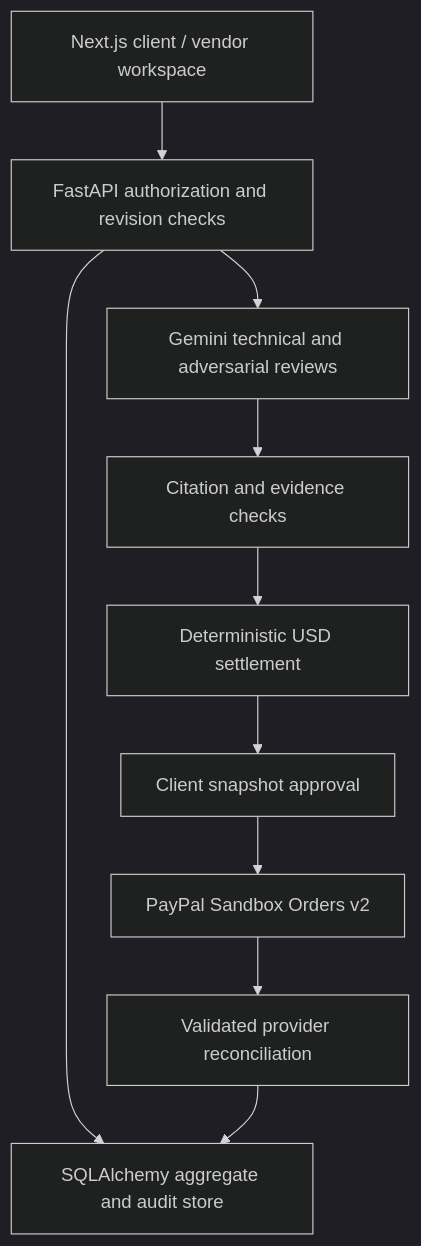
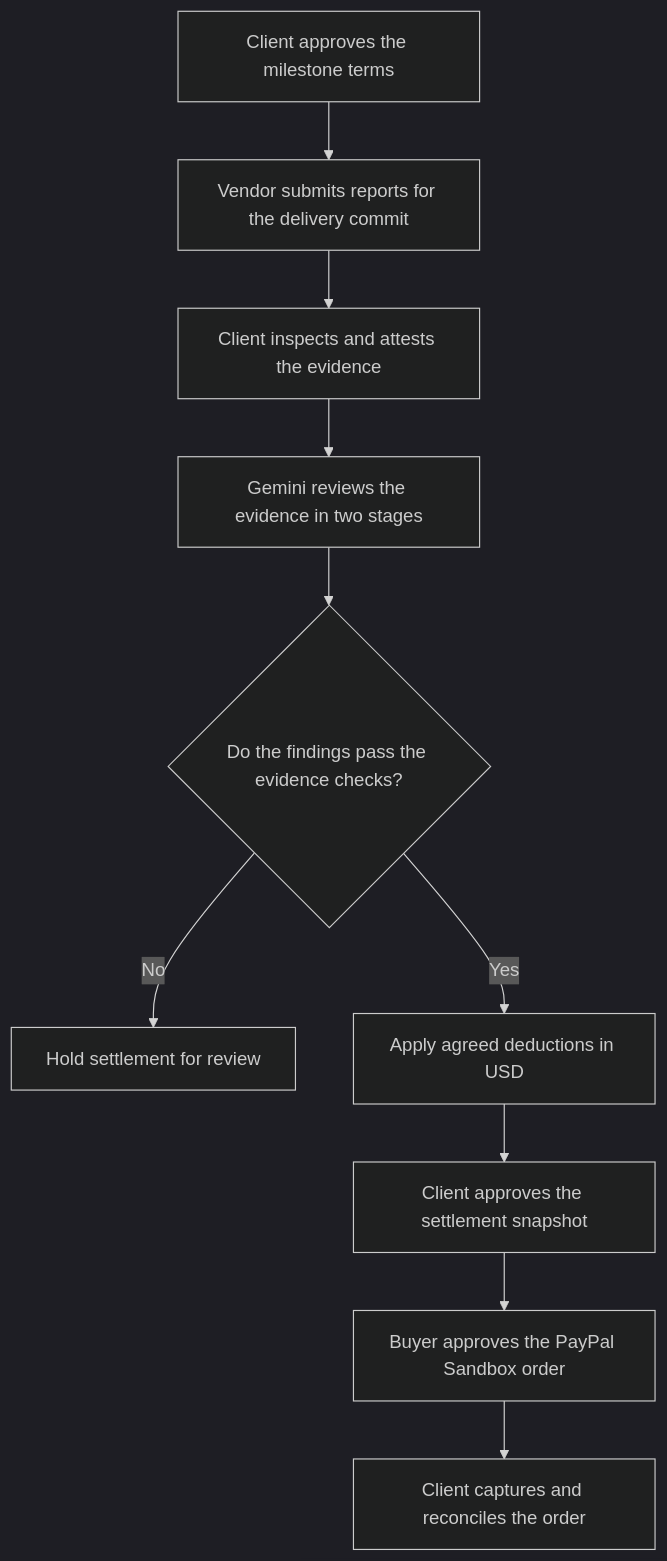
Before and after one commit to pushkkal0201-bit/CovenantX-PayPal: the diagram in README.md, drawn with Mermaid (dark theme). The commit also changed other lines of this file and 1 other file, not shown here.

First line of the commit message:
docs: explain the CovenantX milestone-to-payment workflow

````diff
--- a/README.md
+++ b/README.md
@@ -60,12 +13,12 @@
 ```mermaid
 flowchart TD
-  UI["Next.js client / vendor workspace"] --> API["FastAPI authorization and revision checks"]
-  API --> DB["SQLAlchemy aggregate and audit store"]
-  API --> AI["Gemini technical and adversarial reviews"]
-  AI --> Gate["Citation and evidence checks"]
-  Gate --> Policy["Deterministic USD settlement"]
-  Policy --> Approval["Client snapshot approval"]
-  Approval --> PayPal["PayPal Sandbox Orders v2"]
-  PayPal --> Reconcile["Validated provider reconciliation"]
-  Reconcile --> DB
+    Contract["Client approves the milestone terms"] --> Evidence["Vendor submits reports for the delivery commit"]
+    Evidence --> Attest["Client inspects and attests the evidence"]
+    Attest --> Review["Gemini reviews the evidence in two stages"]
+    Review --> Gate{"Do the findings pass the evidence checks?"}
+    Gate -->|No| Hold["Hold settlement for review"]
+    Gate -->|Yes| Calculate["Apply agreed deductions in USD"]
+    Calculate --> Approve["Client approves the settlement snapshot"]
+    Approve --> Checkout["Buyer approves the PayPal Sandbox order"]
+    Checkout --> Capture["Client captures and reconciles the order"]
 ```
````
